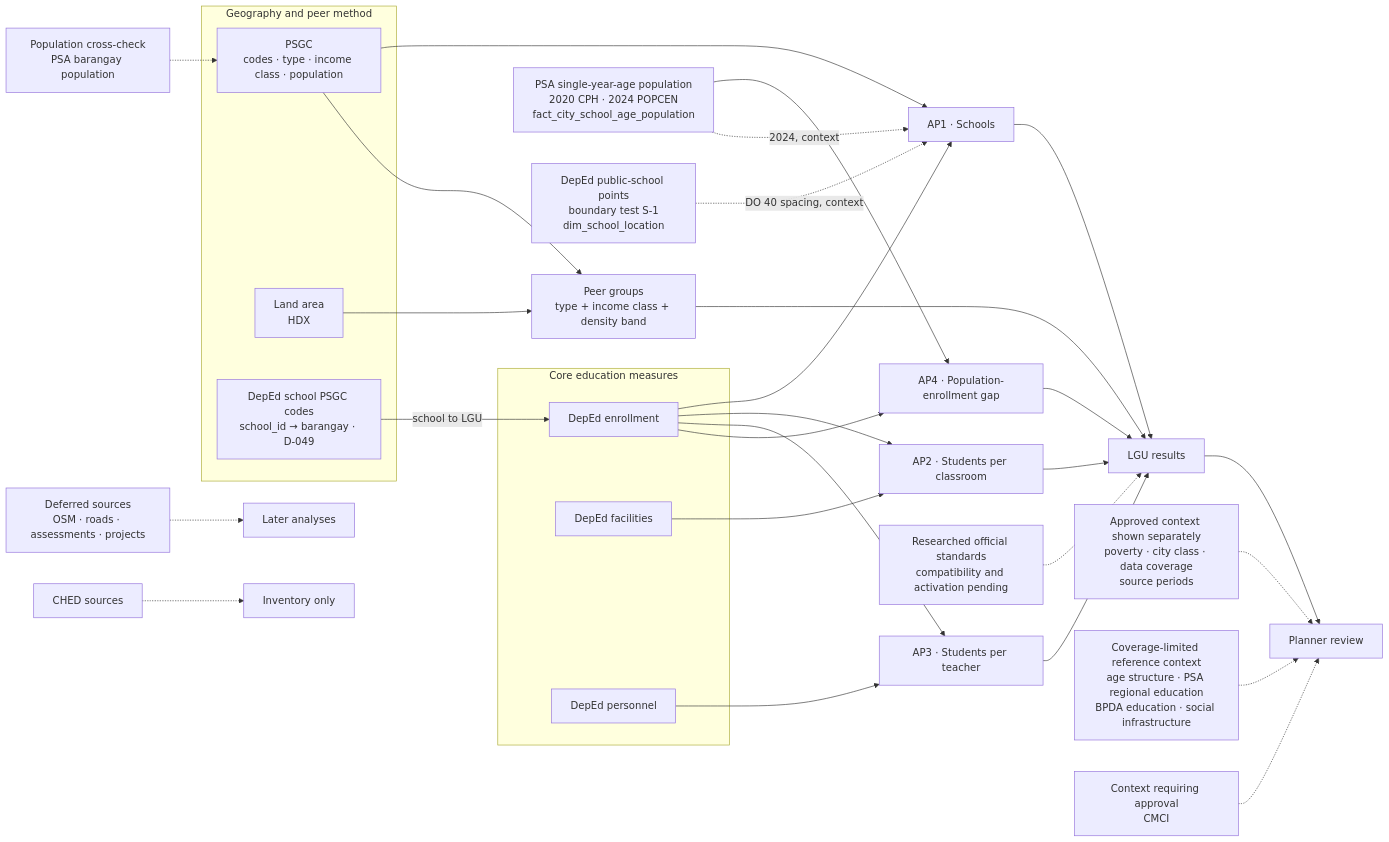
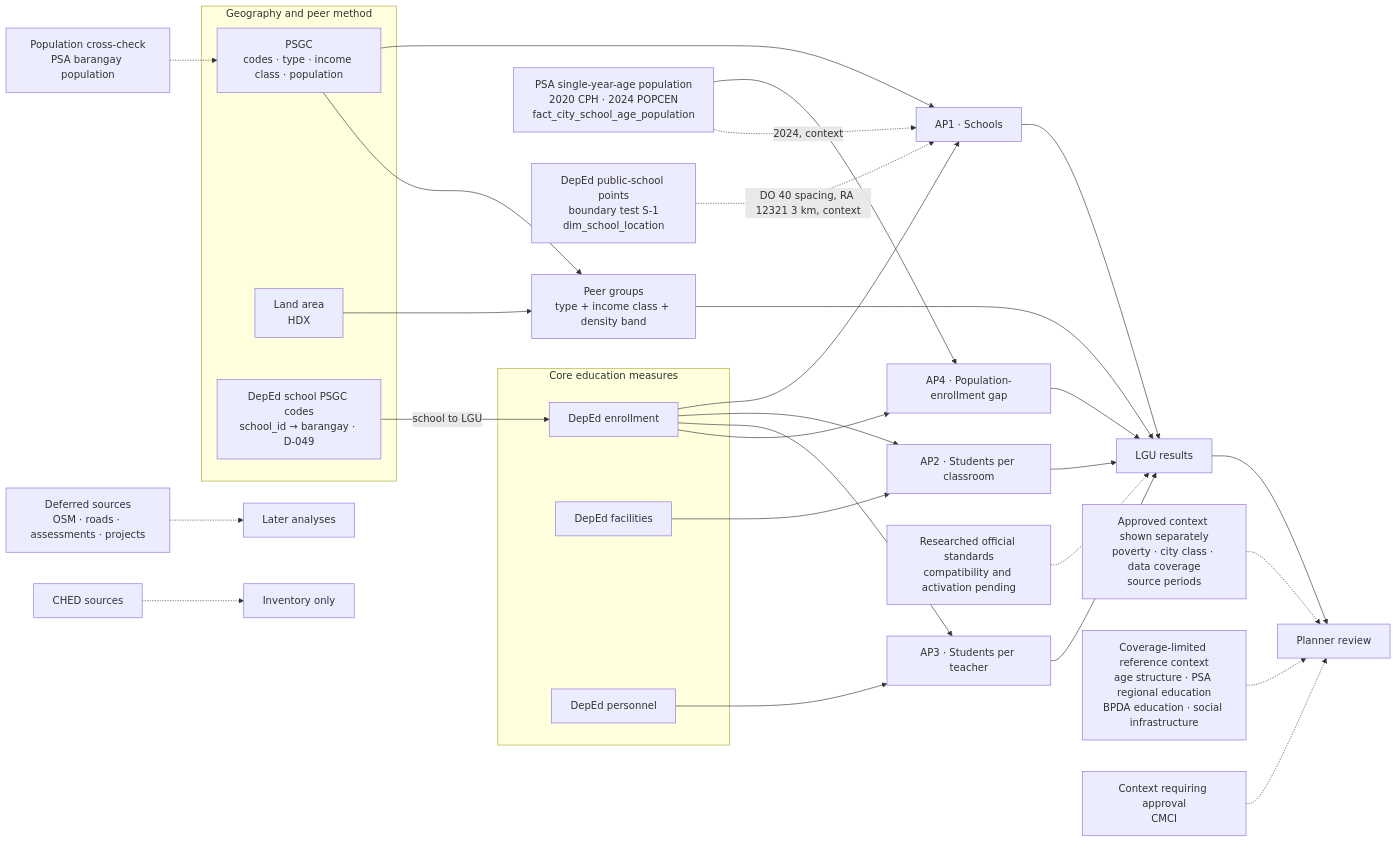
Before and after one commit to reached-hq/edu-access-intelligence: the diagram in docs/business/dataset-use-map.md, drawn with Mermaid. The commit also changed other lines of this file and 14 other files, not shown here.

````diff
--- a/docs/business/dataset-use-map.md
+++ b/docs/business/dataset-use-map.md
@@ -21,43 +21,43 @@
 ```mermaid
 flowchart LR
     subgraph CORE["Core education measures"]
         ENR["DepEd enrollment"]
         FAC["DepEd facilities"]
         PER["DepEd personnel"]
     end
 
     subgraph METHOD["Geography and peer method"]
     PSGC["PSGC<br/>codes · type · income class · population"]
     AREA["Land area<br/>HDX"]
     XWALK["DepEd school PSGC codes<br/>school_id → barangay · D-049"]
     end
 
     XWALK -->|"school to LGU"| ENR
     ENR --> AP1["AP1 · Schools"]
     PSGC --> AP1
     ENR --> AP2["AP2 · Students per classroom"]
     FAC --> AP2
     ENR --> AP3["AP3 · Students per teacher"]
     PER --> AP3
     ENR --> AP4["AP4 · Population-enrollment gap"]
     AGE["PSA single-year-age population<br/>2020 CPH · 2024 POPCEN<br/>fact_city_school_age_population"] --> AP4
     AGE -.->|2024, context| AP1
-    COORD["DepEd public-school points<br/>boundary test S-1<br/>dim_school_location"] -.->|"DO 40 spacing, context"| AP1
+    COORD["DepEd public-school points<br/>boundary test S-1<br/>dim_school_location"] -.->|"DO 40 spacing, RA 12321 3 km, context"| AP1
 
     PSGC --> PEERS["Peer groups<br/>type + income class + density band"]
     AREA --> PEERS
     AP1 --> RESULT["LGU results"]
     AP2 --> RESULT
     AP3 --> RESULT
     AP4 --> RESULT
     PEERS --> RESULT
     STANDARD["Researched official standards<br/>compatibility and activation pending"] -.-> RESULT
 
     CONTEXT["Approved context shown separately<br/>poverty · city class · data coverage<br/>source periods"] -.-> DASH["Planner review"]
     LIMITED["Coverage-limited reference context<br/>age structure · PSA regional education<br/>BPDA education · social infrastructure"] -.-> DASH
     CANDIDATE["Context requiring approval<br/>CMCI"] -.-> DASH
     POPCHECK["Population cross-check<br/>PSA barangay population"] -.-> PSGC
     RESULT --> DASH
     DEFER["Deferred sources<br/>OSM · roads · assessments · projects"] -.-> LATER["Later analyses"]
     EXCLUDED["CHED sources"] -.-> RECORD["Inventory only"]
 ```
````
